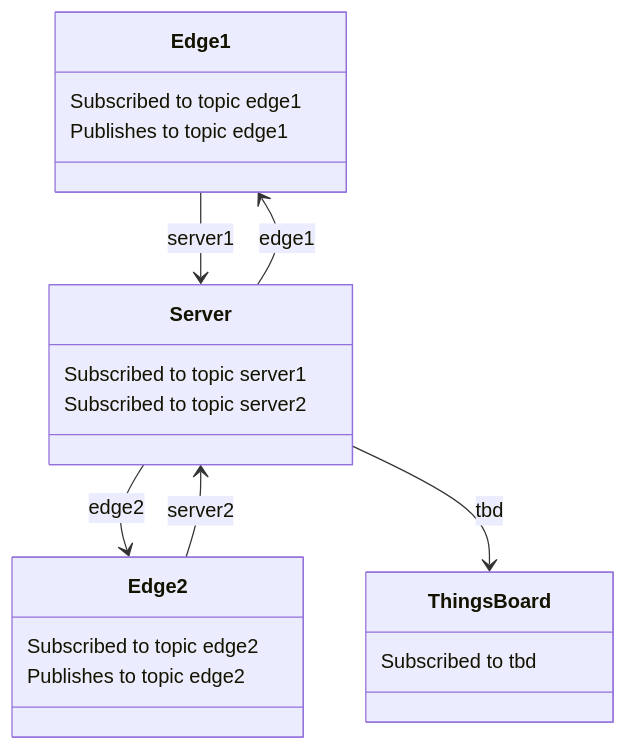
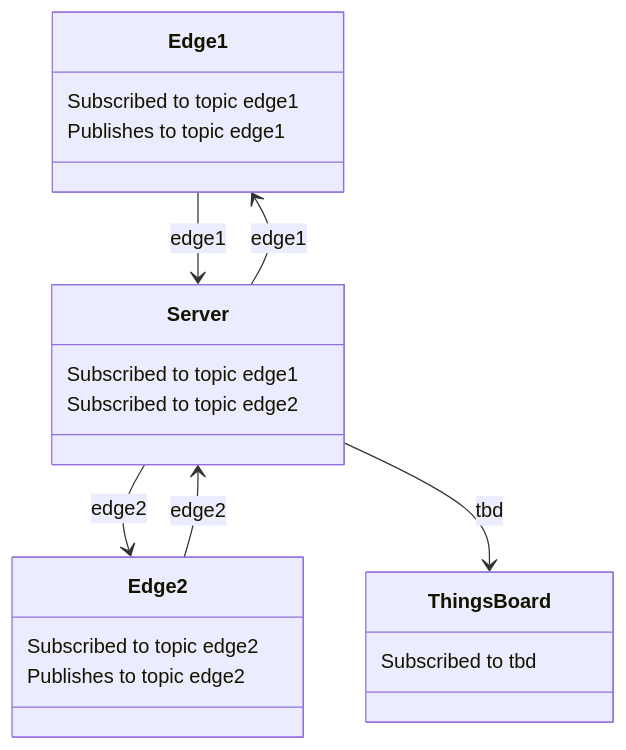
Before and after one commit to jag3rm3ist3r/GroupAssignment: the second of 2 diagrams in README.md, drawn with Mermaid.

Commit message:
Update README.md
Fixed topic pub/sub labels

````diff
--- a/README.md
+++ b/README.md
@@ -52,26 +52,26 @@
 ```mermaid
 classDiagram
 class Edge1
 class Edge2
 class Server
 class ThingsBoard
 
-Edge1 --> Server : server1
-Edge2 --> Server : server2
+Edge1 --> Server : edge1
+Edge2 --> Server : edge2
 
 Server --> Edge1 : edge1
 Server --> Edge2 : edge2
 
 Edge1 : Subscribed to topic edge1
 Edge2 : Subscribed to topic edge2
 
-Server : Subscribed to topic server1
-Server : Subscribed to topic server2
+Server : Subscribed to topic edge1
+Server : Subscribed to topic edge2
 
 Edge1 : Publishes to topic edge1
 Edge2 : Publishes to topic edge2
 
 Server --> ThingsBoard : tbd
 
 ThingsBoard : Subscribed to tbd
 ```
````
